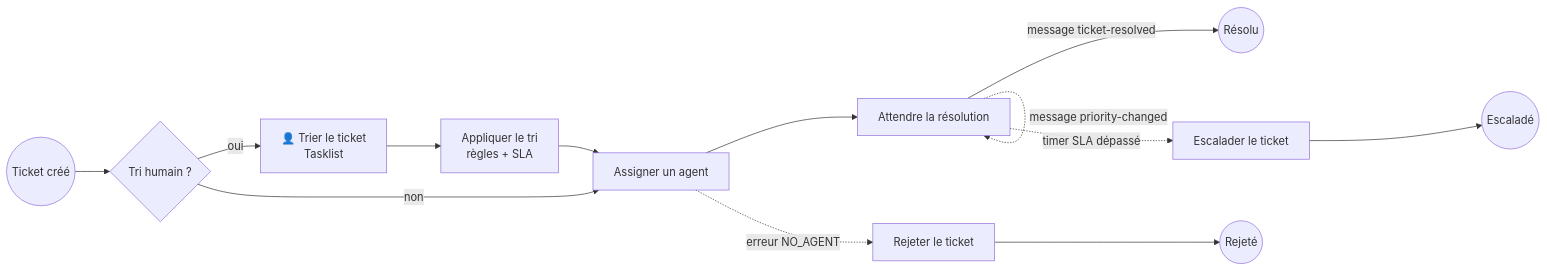
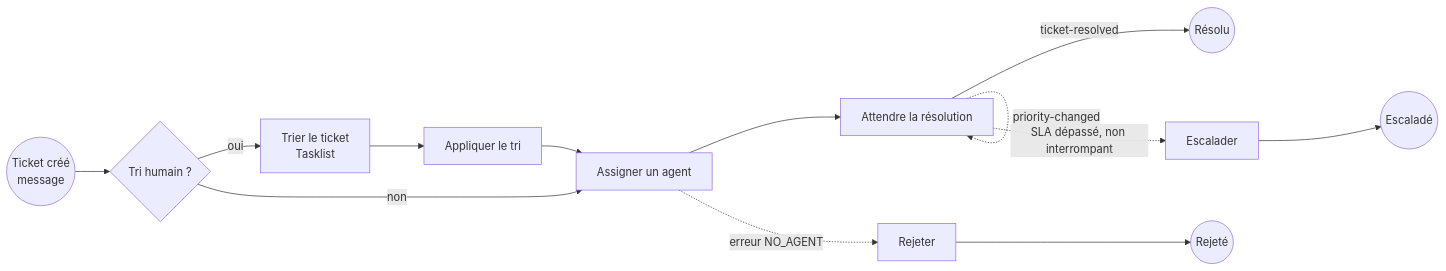
One commit to anasxaz/ticketflow changed the second of 2 diagrams in README.md. Above: the diagram before and after it, drawn with Mermaid. The commit also changed other lines of this file and 1 other file, not shown here.

````diff
--- a/README.md
+++ b/README.md
@@ -195,11 +125,11 @@
 ```mermaid
 flowchart LR
-    S((Ticket créé)) --> G{Tri humain ?}
-    G -->|oui| TR[👤 Trier le ticket<br/>Tasklist] --> AP[Appliquer le tri<br/>règles + SLA] --> A
+    S((Ticket créé<br/>message)) --> G{Tri humain ?}
+    G -->|oui| TR[Trier le ticket<br/>Tasklist] --> AP[Appliquer le tri] --> A
     G -->|non| A[Assigner un agent]
     A --> W[Attendre la résolution]
-    W -->|message ticket-resolved| R((Résolu))
-    W -. message priority-changed .-> W
-    W -. timer SLA dépassé .-> E[Escalader le ticket] --> X((Escaladé))
-    A -. erreur NO_AGENT .-> J[Rejeter le ticket] --> RJ((Rejeté))
+    W -->|ticket-resolved| R((Résolu))
+    W -. priority-changed .-> W
+    W -. SLA dépassé, non interrompant .-> E[Escalader] --> X((Escaladé))
+    A -. erreur NO_AGENT .-> J[Rejeter] --> RJ((Rejeté))
 ```
````
